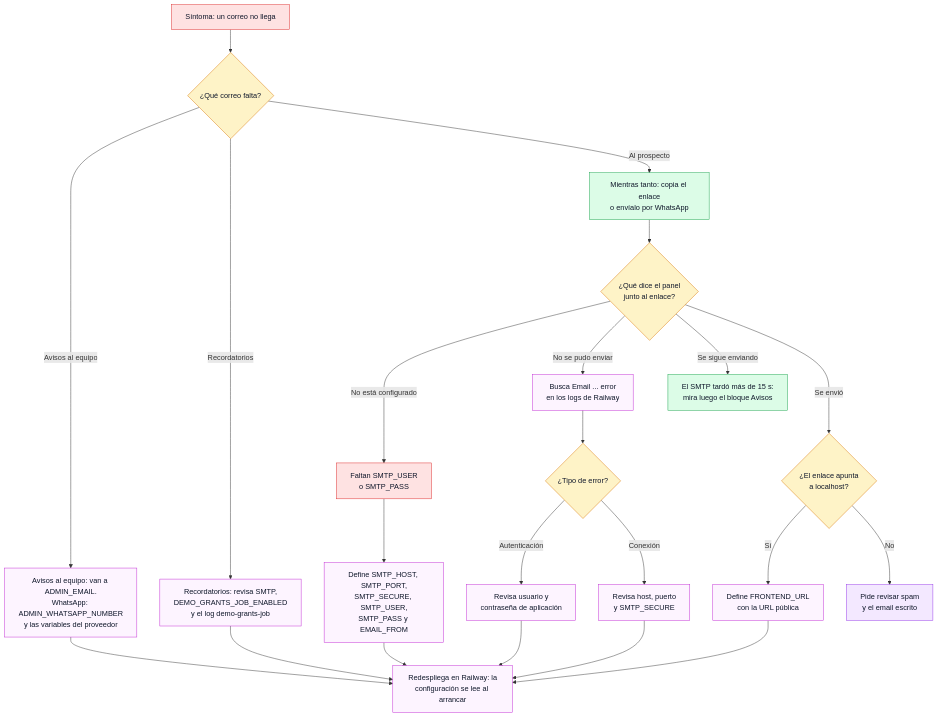
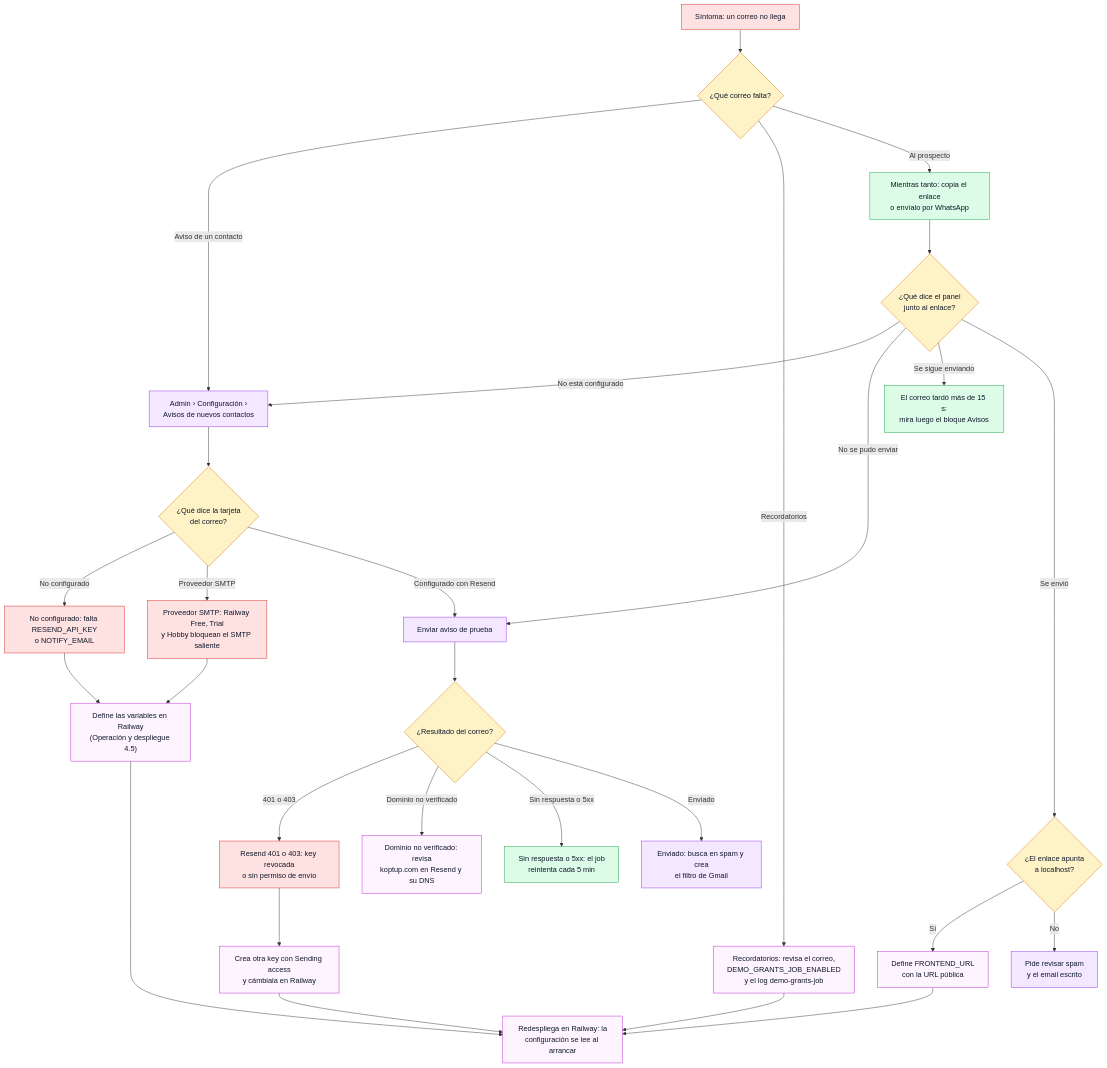
Before and after one commit to ronalc90/koptup: diagram 19 of 24 in docs/wiki/Doc-14-2-Flujos-de-Administracion-y-Operacion.md, drawn with Mermaid. The commit also changed other lines of this file and 45 other files, not shown here.

First line of the commit message:
docs(avisos): configuración de Resend y de la plantilla de WhatsApp, operación y wiki

````diff
--- a/docs/wiki/Doc-14-2-Flujos-de-Administracion-y-Operacion.md
+++ b/docs/wiki/Doc-14-2-Flujos-de-Administracion-y-Operacion.md
@@ -1011,41 +1012,51 @@
 ```mermaid
 flowchart TD
     classDef visitante fill:#dbeafe,stroke:#2563eb,color:#0f172a
     classDef sistema fill:#f1f5f9,stroke:#475569,color:#0f172a
     classDef admin fill:#f3e8ff,stroke:#9333ea,color:#0f172a
     classDef aviso fill:#dcfce7,stroke:#16a34a,color:#0f172a
     classDef decision fill:#fef3c7,stroke:#d97706,color:#0f172a
     classDef error fill:#fee2e2,stroke:#dc2626,color:#0f172a
     classDef externo fill:#fdf4ff,stroke:#c026d3,color:#0f172a
 
     Q0["Síntoma: un correo no llega"]:::error
     D0{"¿Qué correo falta?"}:::decision
-    F1["Avisos al equipo: van a ADMIN_EMAIL.<br/>WhatsApp: ADMIN_WHATSAPP_NUMBER<br/>y las variables del proveedor"]:::externo
-    F2["Recordatorios: revisa SMTP,<br/>DEMO_GRANTS_JOB_ENABLED<br/>y el log demo-grants-job"]:::externo
+    P0["Admin › Configuración ›<br/>Avisos de nuevos contactos"]:::admin
+    D1{"¿Qué dice la tarjeta<br/>del correo?"}:::decision
+    A1["No configurado: falta RESEND_API_KEY<br/>o NOTIFY_EMAIL"]:::error
+    A2["Define las variables en Railway<br/>(Operación y despliegue 4.5)"]:::externo
+    S1["Proveedor SMTP: Railway Free, Trial<br/>y Hobby bloquean el SMTP saliente"]:::error
+    T1["Enviar aviso de prueba"]:::admin
+    D2{"¿Resultado del correo?"}:::decision
+    B1["Resend 401 o 403: key revocada<br/>o sin permiso de envío"]:::error
+    B2["Crea otra key con Sending access<br/>y cámbiala en Railway"]:::externo
+    B3["Dominio no verificado: revisa<br/>koptup.com en Resend y su DNS"]:::externo
+    B4["Sin respuesta o 5xx: el job<br/>reintenta cada 5 min"]:::aviso
+    G1["Enviado: busca en spam y crea<br/>el filtro de Gmail"]:::admin
+    F2["Recordatorios: revisa el correo,<br/>DEMO_GRANTS_JOB_ENABLED<br/>y el log demo-grants-job"]:::externo
     Q1["Mientras tanto: copia el enlace<br/>o envíalo por WhatsApp"]:::aviso
-    D1{"¿Qué dice el panel<br/>junto al enlace?"}:::decision
-    A1["Faltan SMTP_USER<br/>o SMTP_PASS"]:::error
-    A2["Define SMTP_HOST, SMTP_PORT,<br/>SMTP_SECURE, SMTP_USER,<br/>SMTP_PASS y EMAIL_FROM"]:::externo
-    B1["Busca Email ... error<br/>en los logs de Railway"]:::externo
-    D2{"¿Tipo de error?"}:::decision
-    B2["Revisa usuario y<br/>contraseña de aplicación"]:::externo
-    B3["Revisa host, puerto<br/>y SMTP_SECURE"]:::externo
-    C1["El SMTP tardó más de 15 s:<br/>mira luego el bloque Avisos"]:::aviso
-    D3{"¿El enlace apunta<br/>a localhost?"}:::decision
+    D3{"¿Qué dice el panel<br/>junto al enlace?"}:::decision
+    C1["El correo tardó más de 15 s:<br/>mira luego el bloque Avisos"]:::aviso
+    D4{"¿El enlace apunta<br/>a localhost?"}:::decision
     C2["Define FRONTEND_URL<br/>con la URL pública"]:::externo
     C3["Pide revisar spam<br/>y el email escrito"]:::admin
     A3["Redespliega en Railway: la<br/>configuración se lee al arrancar"]:::externo
 
     Q0 --> D0
-    D0 -->|"Avisos al equipo"| F1 --> A3
+    D0 -->|"Aviso de un contacto"| P0 --> D1
     D0 -->|"Recordatorios"| F2 --> A3
-    D0 -->|"Al prospecto"| Q1 --> D1
-    D1 -->|"No está configurado"| A1 --> A2 --> A3
-    D1 -->|"No se pudo enviar"| B1 --> D2
-    D2 -->|"Autenticación"| B2 --> A3
-    D2 -->|"Conexión"| B3 --> A3
-    D1 -->|"Se sigue enviando"| C1
-    D1 -->|"Se envió"| D3
-    D3 -->|"Sí"| C2 --> A3
-    D3 -->|"No"| C3
+    D0 -->|"Al prospecto"| Q1 --> D3
+    D1 -->|"No configurado"| A1 --> A2 --> A3
+    D1 -->|"Proveedor SMTP"| S1 --> A2
+    D1 -->|"Configurado con Resend"| T1 --> D2
+    D2 -->|"401 o 403"| B1 --> B2 --> A3
+    D2 -->|"Dominio no verificado"| B3
+    D2 -->|"Sin respuesta o 5xx"| B4
+    D2 -->|"Enviado"| G1
+    D3 -->|"No está configurado"| P0
+    D3 -->|"No se pudo enviar"| T1
+    D3 -->|"Se sigue enviando"| C1
+    D3 -->|"Se envió"| D4
+    D4 -->|"Sí"| C2 --> A3
+    D4 -->|"No"| C3
 ```
````
